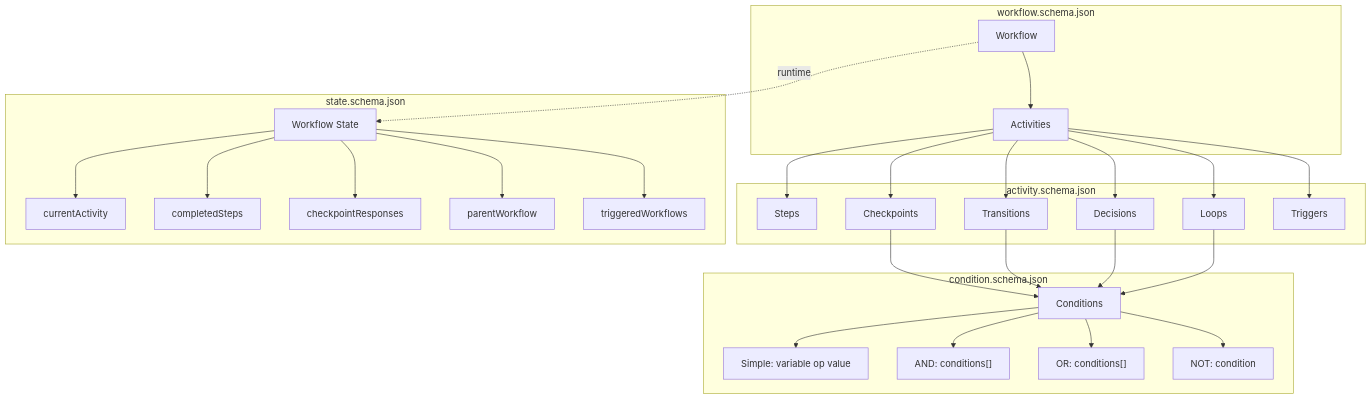
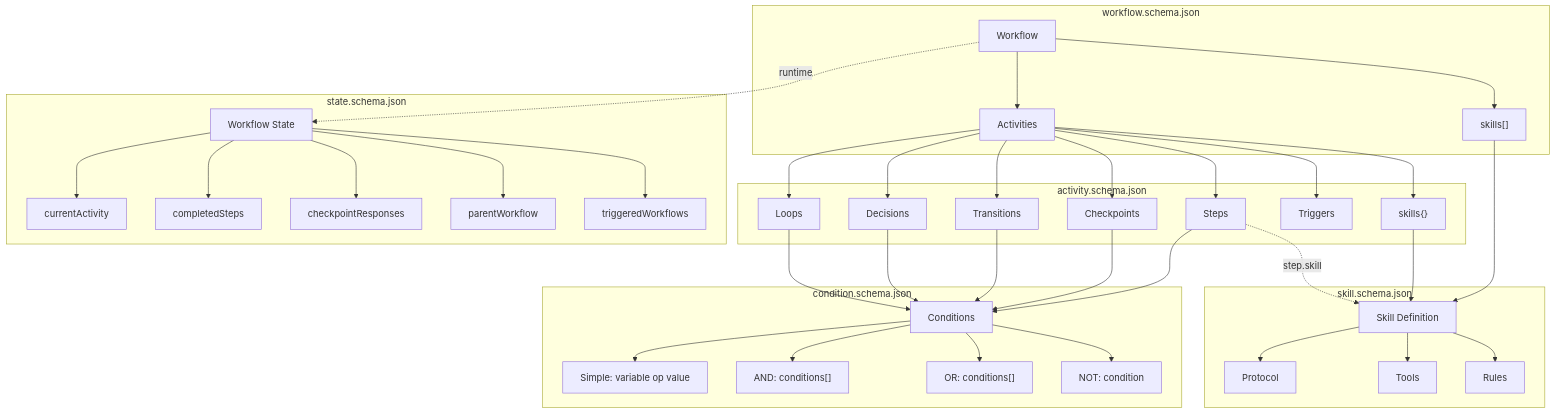
Before and after one commit to m2ux/workflow-server: the second of 3 diagrams in schemas/README.md, drawn with Mermaid. The commit also changed other lines of this file, not shown here.

First line of the commit message:
docs: update schema README to match current schema definitions

````diff
--- a/schemas/README.md
+++ b/schemas/README.md
@@ -66,35 +67,47 @@
 ```mermaid
 flowchart TB
     subgraph Workflow["workflow.schema.json"]
         W[Workflow] --> A[Activities]
+        W --> SK1["skills[]"]
     end
     
     subgraph Activity["activity.schema.json"]
         A --> S[Steps]
         A --> C[Checkpoints]
         A --> D[Decisions]
         A --> L[Loops]
         A --> T[Transitions]
         A --> TR[Triggers]
+        A --> SK2["skills{}"]
+    end
+    
+    subgraph Skill["skill.schema.json"]
+        SK1 --> SKD[Skill Definition]
+        SK2 --> SKD
+        S -.->|"step.skill"| SKD
+        SKD --> Proto[Protocol]
+        SKD --> Tools[Tools]
+        SKD --> Rules[Rules]
     end
     
     subgraph Condition["condition.schema.json"]
-        C --> COND[Conditions]
+        S --> COND[Conditions]
+        C --> COND
         T --> COND
         D --> COND
         L --> COND
         COND --> Simple["Simple: variable op value"]
         COND --> And["AND: conditions[]"]
         COND --> Or["OR: conditions[]"]
         COND --> Not["NOT: condition"]
     end
     
     subgraph State["state.schema.json"]
         W -.->|"runtime"| ST[Workflow State]
         ST --> CA[currentActivity]
         ST --> CS[completedSteps]
         ST --> CR[checkpointResponses]
         ST --> PW[parentWorkflow]
         ST --> TW[triggeredWorkflows]
     end
 ```
````
